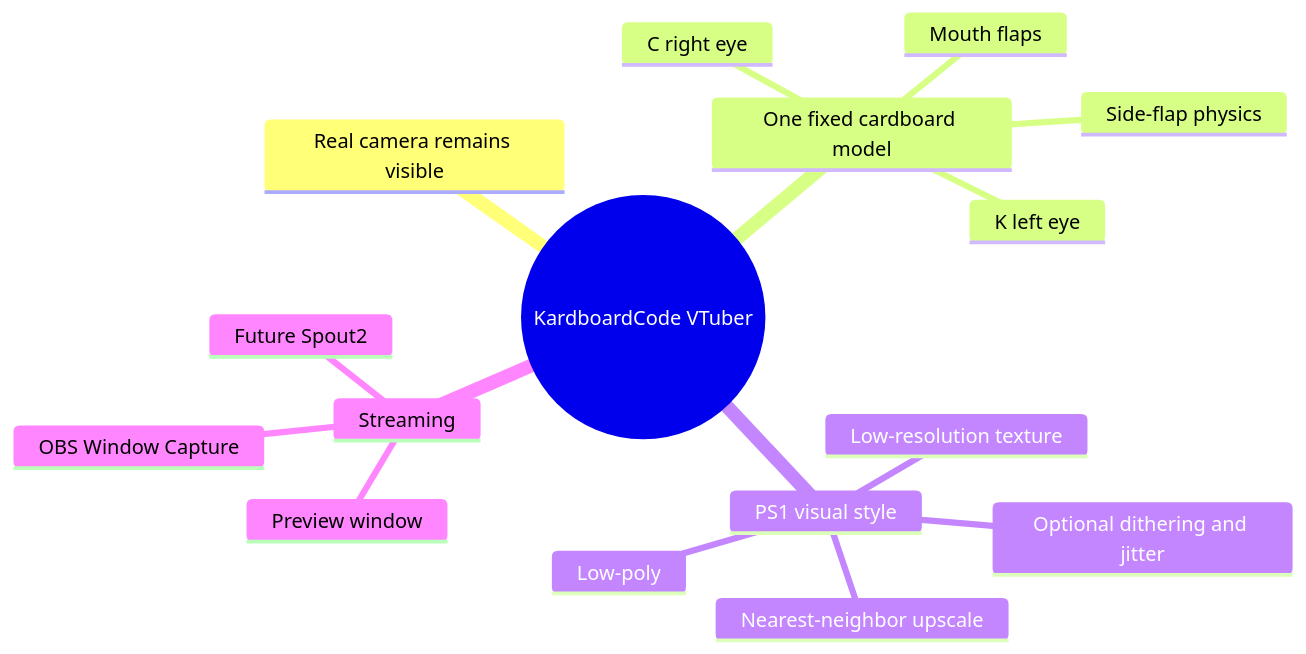
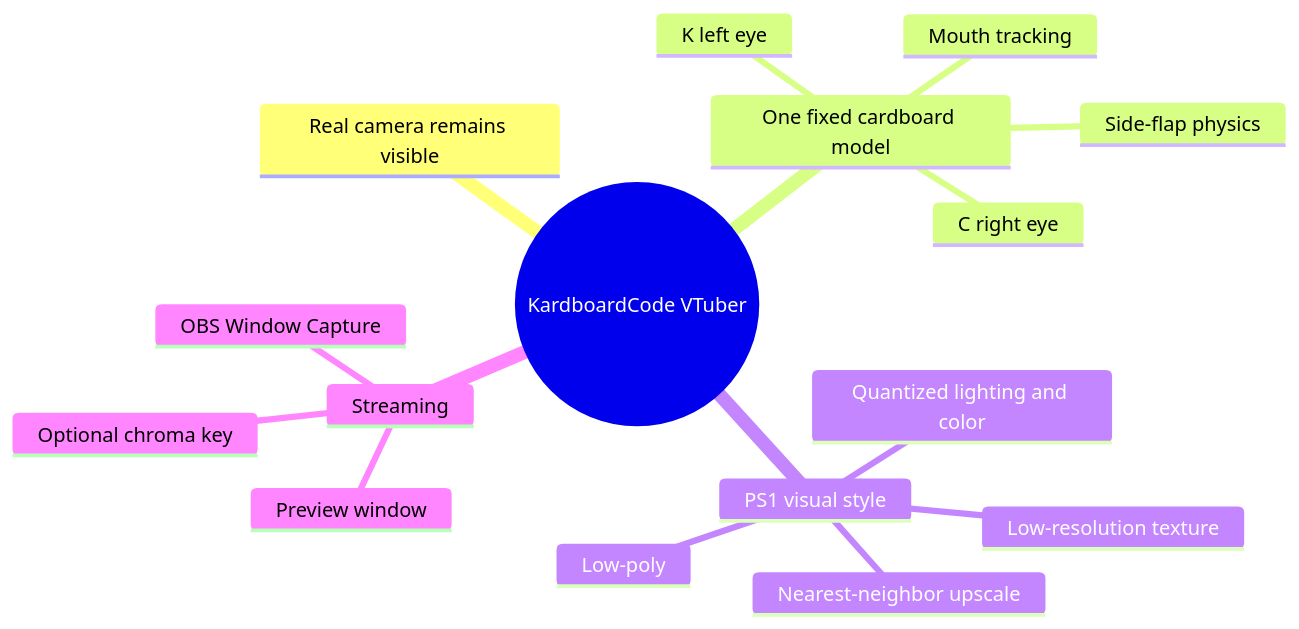
The first of 2 diagrams in docs/01-foundations/README.md (Zanark/KardboardCode-VTuber), drawn with Mermaid before and after one commit. The commit also changed other lines of this file and 58 other files, not shown here.

````diff
--- a/docs/01-foundations/README.md
+++ b/docs/01-foundations/README.md
@@ -29,19 +34,19 @@
 ```mermaid
 mindmap
   root((KardboardCode VTuber))
     Real camera remains visible
     One fixed cardboard model
       K left eye
       C right eye
-      Mouth flaps
+      Mouth tracking
       Side-flap physics
     PS1 visual style
       Low-poly
       Low-resolution texture
       Nearest-neighbor upscale
-      Optional dithering and jitter
+      Quantized lighting and color
     Streaming
       Preview window
       OBS Window Capture
-      Future Spout2
+      Optional chroma key
 ```
````
